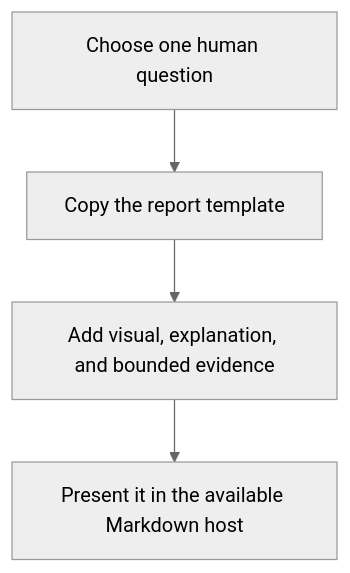
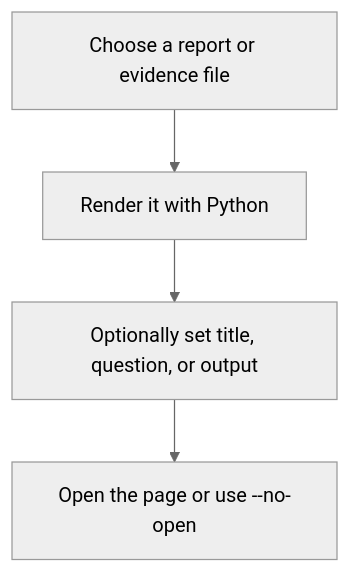
One commit to starodubtsevconsulting/ai-commands changed the seventh of 9 diagrams in show-context/show-context.command.md. Above: the diagram before and after it, drawn with Mermaid (neutral theme). The commit also changed other lines of this file and 3 other files, not shown here.

````diff
--- a/show-context/show-context.command.md
+++ b/show-context/show-context.command.md
@@ -143,7 +135,7 @@
 ```mermaid
 flowchart TD
-  Question["Choose one human question"]
-  Question --> Template["Copy the report template"]
-  Template --> Evidence["Add visual, explanation, and bounded evidence"]
-  Evidence --> Host["Present it in the available Markdown host"]
+  Source["Choose a report or evidence file"]
+  Source --> Render["Render it with Python"]
+  Render --> Optional["Optionally set title, question, or output"]
+  Optional --> Output["Open the page or use --no-open"]
 ```
````
